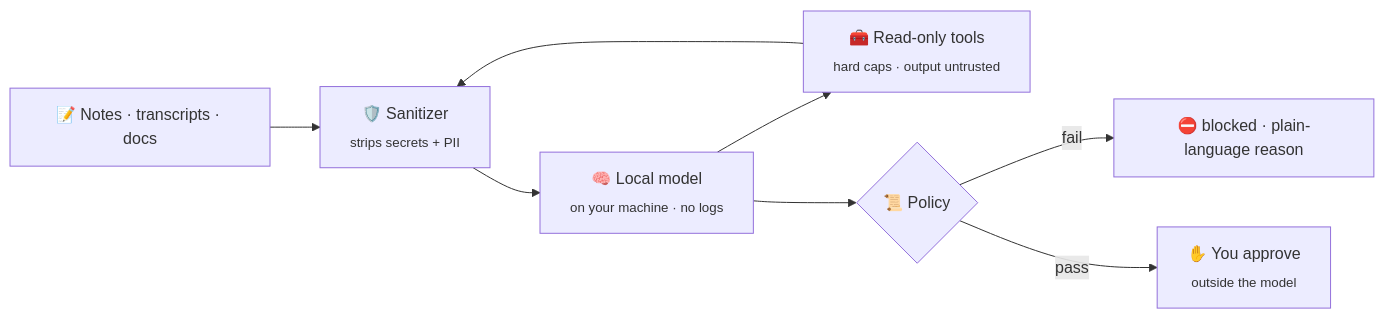
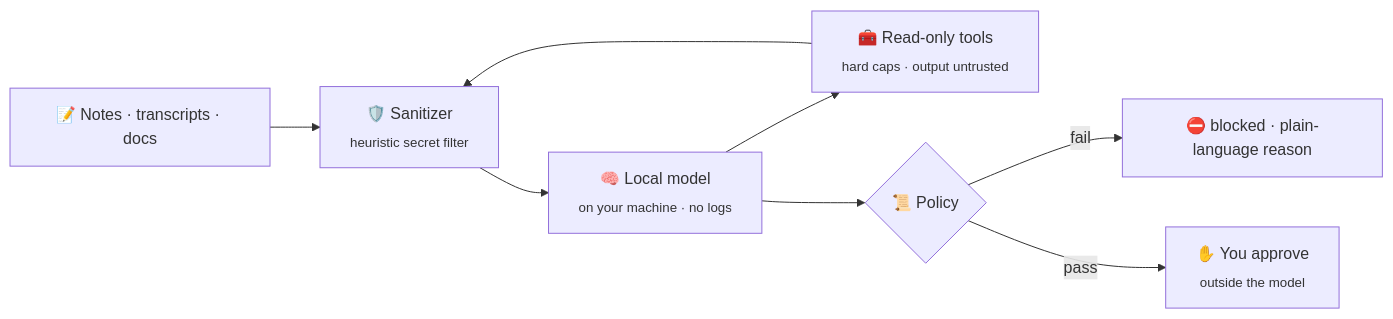
Before and after one commit to 9lordisgod/salomon: the first of 2 diagrams in README.md, drawn with Mermaid. The commit also changed other lines of this file and 3 other files, not shown here.

````diff
--- a/README.md
+++ b/README.md
@@ -13,10 +13,10 @@
 ```mermaid
 flowchart LR
-  A["📝 Notes · transcripts · docs"] --> B["🛡️ Sanitizer<br/><sub>strips secrets + PII</sub>"]
+  A["📝 Notes · transcripts · docs"] --> B["🛡️ Sanitizer<br/><sub>heuristic secret filter</sub>"]
   B --> C["🧠 Local model<br/><sub>on your machine · no logs</sub>"]
   C --> T["🧰 Read-only tools<br/><sub>hard caps · output untrusted</sub>"]
   T --> B
   C --> P{"📜 Policy"}
   P -->|fail| X["⛔ blocked · plain-language reason"]
   P -->|pass| H["✋ You approve<br/><sub>outside the model</sub>"]
 ```
````
